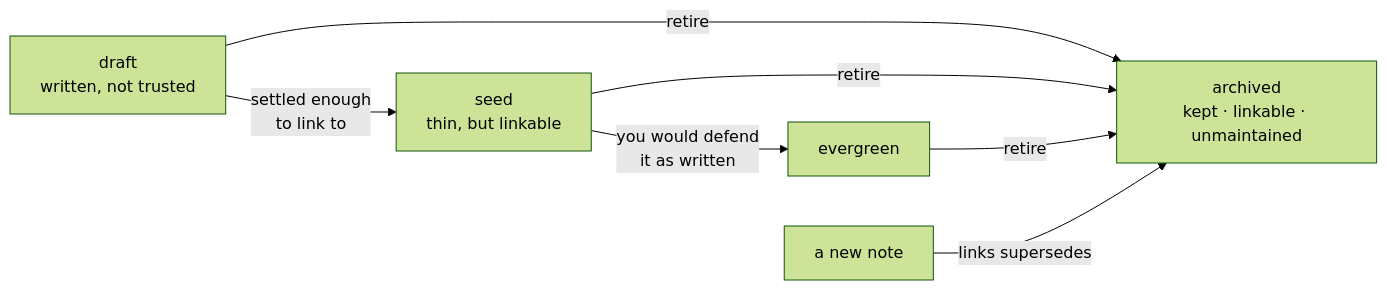
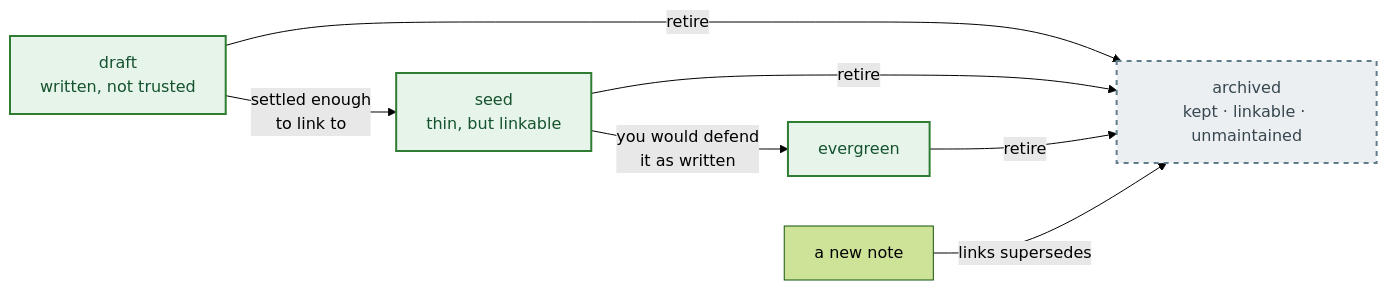
Before and after one commit to Dmytro-Kopylov-personal/zettelkasten-skill: the fourth of 4 diagrams in README.md, drawn with Mermaid (forest theme). The commit also changed other lines of this file and 1 other file, not shown here.

Commit message:
docs: colour two diagrams, where colour carries meaning
A convention rather than decoration: colour is used only where the diagram
is already drawing the distinction in words.

The README lifecycle splits working states (green) from the retired one
(grey, dashed), which is that section's whole argument. The vault anatomy
splits the three paths that make a folder a vault (green) from the ones init
creates alongside them (blue) and the one that only appears on rotation
(grey).

Two rules, both for the same reason -- a diagram has to survive the reader:

  fill is always paired with color, because GitHub renders mermaid against
  both of its themes, and a fill without a matching text colour is
  unreadable in one of them;

  colour only restates what a box already says, so both diagrams still read
  in greyscale.

Not verified by rendering: nothing in this repo runs mermaid. Every
construct used is one the existing diagrams already use, but that is
evidence rather than a check.

````diff
--- a/README.md
+++ b/README.md
@@ -369,11 +369,16 @@
 ```mermaid
 flowchart LR
   D["draft<br/>written, not trusted"] -->|"settled enough<br/>to link to"| S["seed<br/>thin, but linkable"]
   S -->|"you would defend<br/>it as written"| E["evergreen"]
 
   D -->|retire| AR["archived<br/>kept · linkable · unmaintained"]
   S -->|retire| AR
   E -->|retire| AR
 
   N["a new note"] -->|"links supersedes"| AR
+
+  classDef working fill:#e6f4ea,stroke:#2e7d32,stroke-width:2px,color:#14532d
+  classDef retired fill:#eceff1,stroke:#607d8b,stroke-width:2px,stroke-dasharray:5 5,color:#37474f
+  class D,S,E working
+  class AR retired
 ```
````
